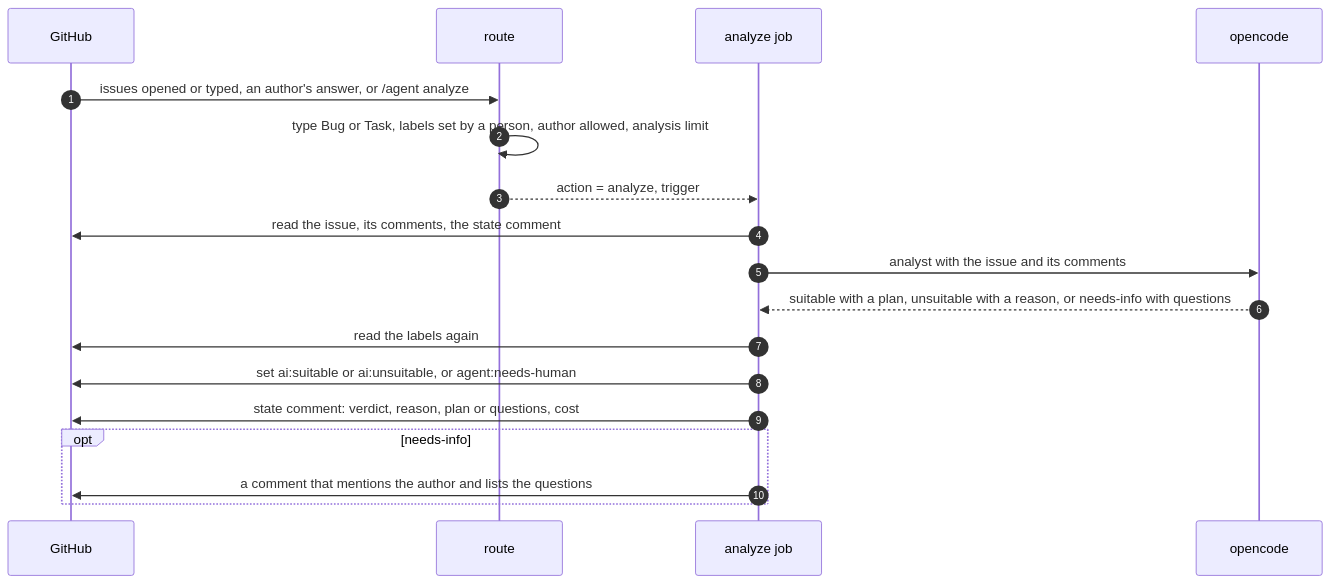
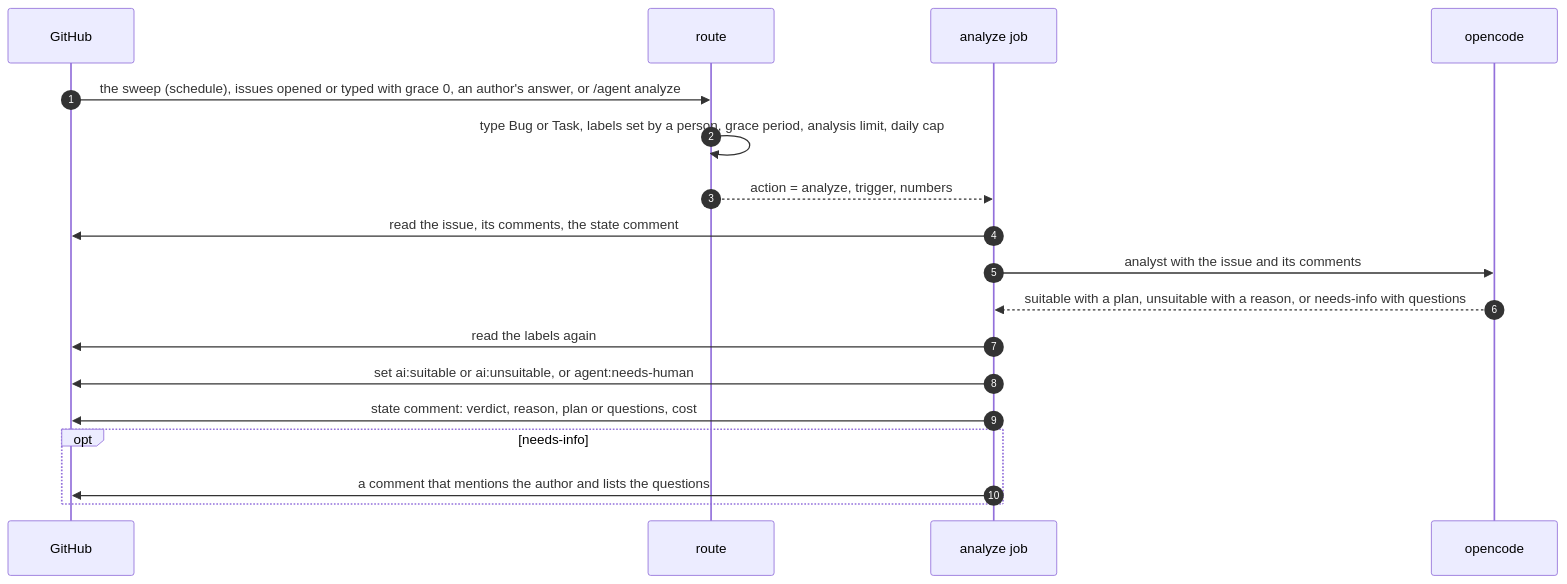
One commit to Netcracker/qubership-apihub changed the fifth of 11 diagrams in docs/internal/autonomous-agent/architecture.md. Above: the diagram before and after it, drawn with Mermaid. The commit also changed other lines of this file and 23 other files, not shown here.

First line of the commit message:
feat(ci): analyze new issues after a grace period and review every pull request

````diff
--- a/docs/internal/autonomous-agent/architecture.md
+++ b/docs/internal/autonomous-agent/architecture.md
@@ -266,20 +290,20 @@
 ```mermaid
 sequenceDiagram
   autonumber
   participant GH as GitHub
   participant R as route
   participant A as analyze job
   participant M as opencode
-  GH->>R: issues opened or typed, an author's answer, or /agent analyze
-  R->>R: type Bug or Task, labels set by a person, author allowed, analysis limit
-  R-->>A: action = analyze, trigger
+  GH->>R: the sweep (schedule), issues opened or typed with grace 0, an author's answer, or /agent analyze
+  R->>R: type Bug or Task, labels set by a person, grace period, analysis limit, daily cap
+  R-->>A: action = analyze, trigger, numbers
   A->>GH: read the issue, its comments, the state comment
   A->>M: analyst with the issue and its comments
   M-->>A: suitable with a plan, unsuitable with a reason, or needs-info with questions
   A->>GH: read the labels again
   A->>GH: set ai:suitable or ai:unsuitable, or agent:needs-human
   A->>GH: state comment: verdict, reason, plan or questions, cost
   opt needs-info
     A->>GH: a comment that mentions the author and lists the questions
   end
 ```
````
